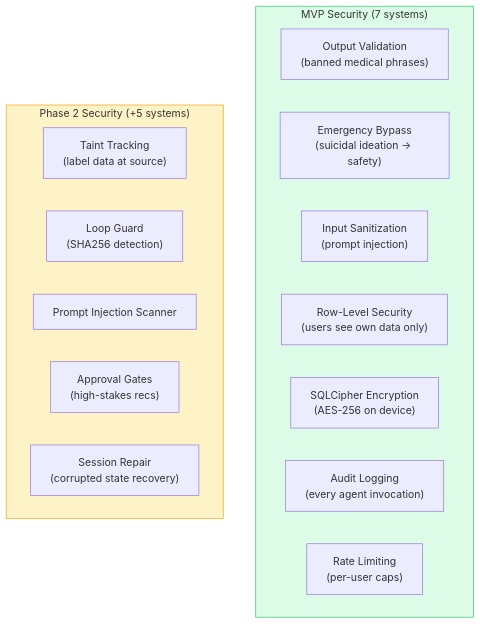
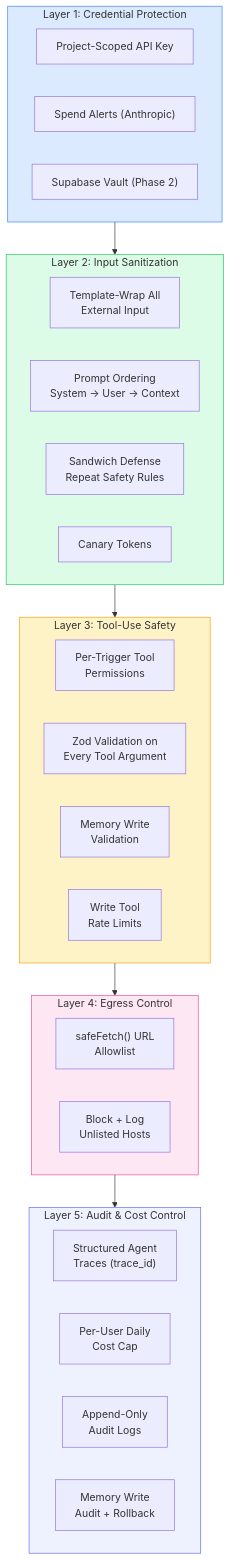
Before and after one commit to Pin4sf/Waldo: the ninth of 21 diagrams in docs-site/diagrams.md, drawn with Mermaid. The commit also changed other lines of this file and 75 other files, not shown here.

````diff
--- a/docs-site/diagrams.md
+++ b/docs-site/diagrams.md
@@ -261,23 +287,42 @@
 ```mermaid
 graph TB
-    subgraph MVP["MVP Security (7 systems)"]
-        S1["Output Validation<br/>(banned medical phrases)"]
-        S2["Emergency Bypass<br/>(suicidal ideation → safety)"]
-        S3["Input Sanitization<br/>(prompt injection)"]
-        S4["Row-Level Security<br/>(users see own data only)"]
-        S5["SQLCipher Encryption<br/>(AES-256 on device)"]
-        S6["Audit Logging<br/>(every agent invocation)"]
-        S7["Rate Limiting<br/>(per-user caps)"]
+    subgraph L1["Layer 1: Credential Protection"]
+        S1["Project-Scoped API Key"]
+        S2["Spend Alerts (Anthropic)"]
+        S3["Supabase Vault (Phase 2)"]
     end
 
-    subgraph Phase2["Phase 2 Security (+5 systems)"]
-        S8["Taint Tracking<br/>(label data at source)"]
-        S9["Loop Guard<br/>(SHA256 detection)"]
-        S10["Prompt Injection Scanner"]
-        S11["Approval Gates<br/>(high-stakes recs)"]
-        S12["Session Repair<br/>(corrupted state recovery)"]
+    subgraph L2["Layer 2: Input Sanitization"]
+        S4["Template-Wrap All<br/>External Input"]
+        S5["Prompt Ordering<br/>System → User → Context"]
+        S6["Sandwich Defense<br/>Repeat Safety Rules"]
+        S7["Canary Tokens"]
     end
 
-    style MVP fill:#dcfce7,stroke:#22c55e
-    style Phase2 fill:#fef3c7,stroke:#f59e0b
+    subgraph L3["Layer 3: Tool-Use Safety"]
+        S8["Per-Trigger Tool<br/>Permissions"]
+        S9["Zod Validation on<br/>Every Tool Argument"]
+        S10["Memory Write<br/>Validation"]
+        S11["Write Tool<br/>Rate Limits"]
+    end
+
+    subgraph L4["Layer 4: Egress Control"]
+        S12["safeFetch() URL<br/>Allowlist"]
+        S13["Block + Log<br/>Unlisted Hosts"]
+    end
+
+    subgraph L5["Layer 5: Audit & Cost Control"]
+        S14["Structured Agent<br/>Traces (trace_id)"]
+        S15["Per-User Daily<br/>Cost Cap"]
+        S16["Append-Only<br/>Audit Logs"]
+        S17["Memory Write<br/>Audit + Rollback"]
+    end
+
+    L1 --> L2 --> L3 --> L4 --> L5
+
+    style L1 fill:#dbeafe,stroke:#3b82f6
+    style L2 fill:#dcfce7,stroke:#22c55e
+    style L3 fill:#fef3c7,stroke:#f59e0b
+    style L4 fill:#fce7f3,stroke:#ec4899
+    style L5 fill:#eef2ff,stroke:#6366f1
 ```
````
